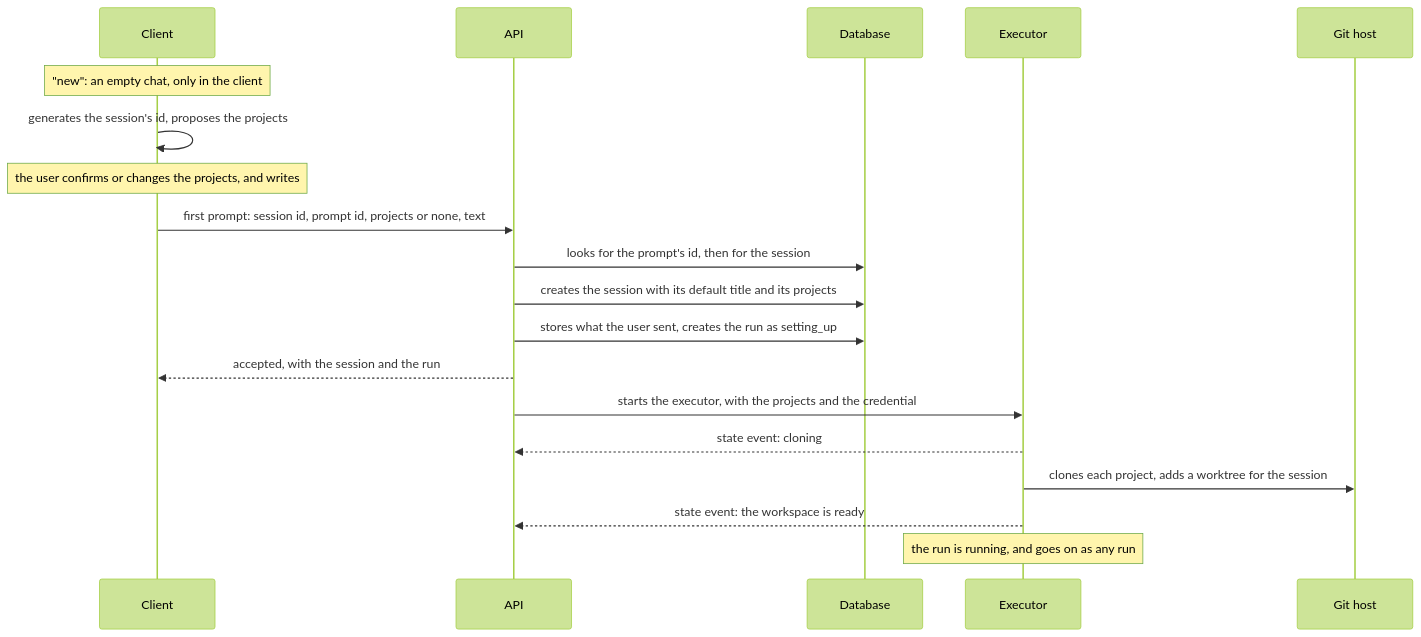
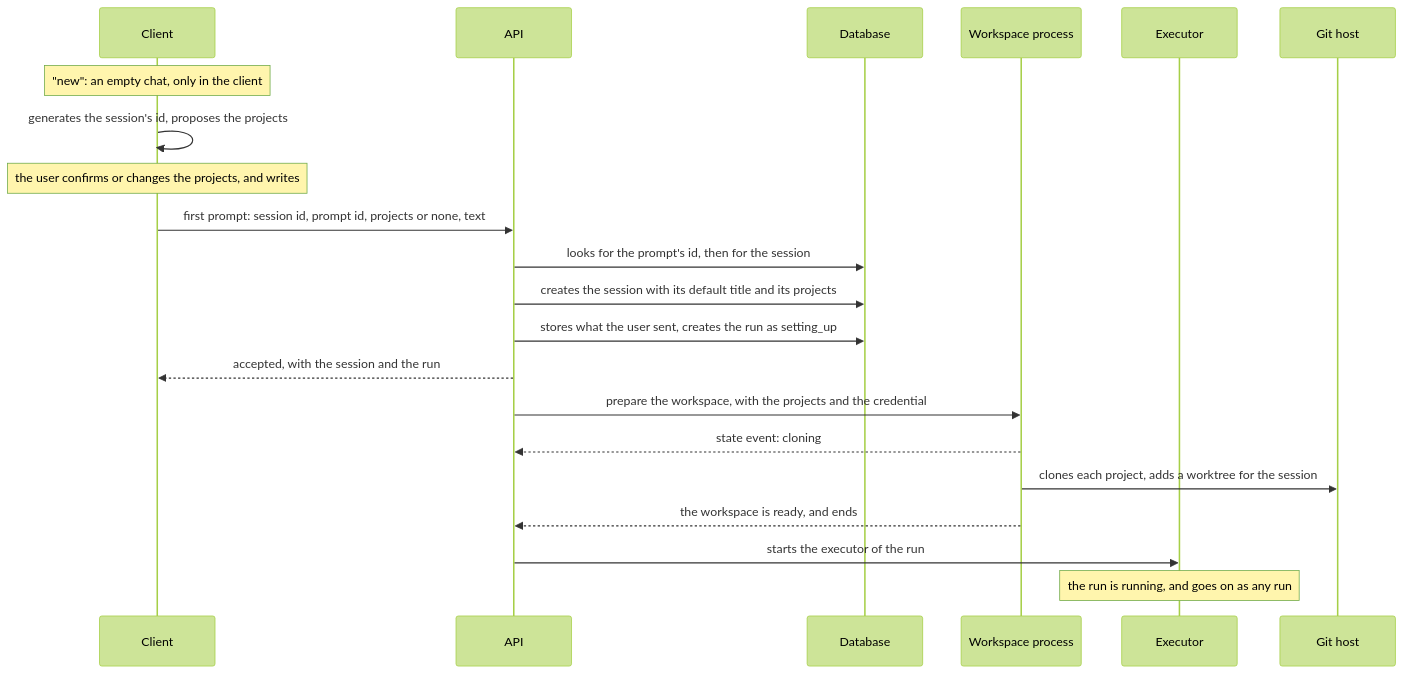
The diagram in flows/create-session.md (Mikode13/harness-docs), drawn with Mermaid (forest theme) before and after one commit. The commit also changed other lines of this file and 7 other files, not shown here.

First line of the commit message:
docs: give the workspace to a process of its own, and make a push wait for no active run

````diff
--- a/flows/create-session.md
+++ b/flows/create-session.md
@@ -12,24 +12,26 @@
 ```mermaid
 sequenceDiagram
     participant C as Client
     participant A as API
     participant D as Database
+    participant W as Workspace process
     participant E as Executor
     participant G as Git host
 
     Note over C: "new": an empty chat, only in the client
     C->>C: generates the session's id, proposes the projects
     Note over C: the user confirms or changes the projects, and writes
 
     C->>A: first prompt: session id, prompt id, projects or none, text
     A->>D: looks for the prompt's id, then for the session
     A->>D: creates the session with its default title and its projects
     A->>D: stores what the user sent, creates the run as setting_up
     A-->>C: accepted, with the session and the run
 
-    A->>E: starts the executor, with the projects and the credential
-    E-->>A: state event: cloning
-    E->>G: clones each project, adds a worktree for the session
-    E-->>A: state event: the workspace is ready
+    A->>W: prepare the workspace, with the projects and the credential
+    W-->>A: state event: cloning
+    W->>G: clones each project, adds a worktree for the session
+    W-->>A: the workspace is ready, and ends
+    A->>E: starts the executor of the run
     Note over E: the run is running, and goes on as any run
 ```
````
